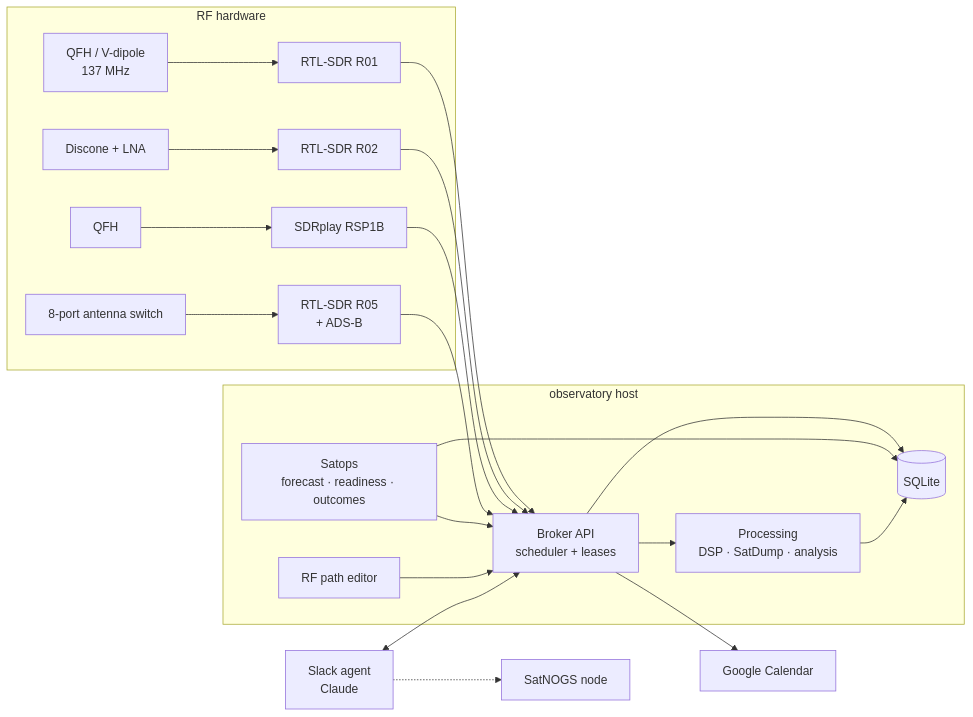
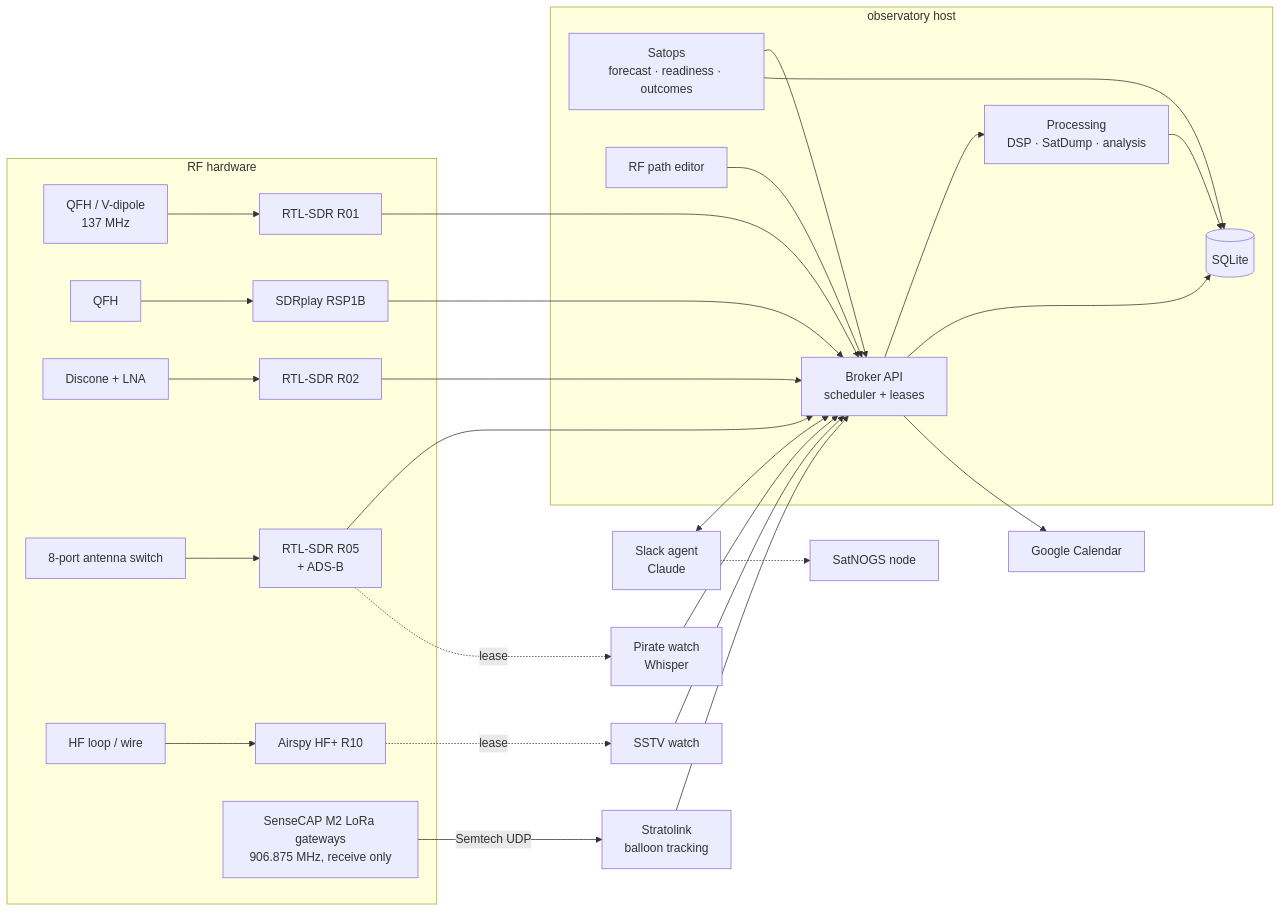
The diagram in README.md (TommytheMonkey/starlab_observatory), drawn with Mermaid before and after one commit. The commit also changed other lines of this file and 19 other files, not shown here.

````diff
--- a/README.md
+++ b/README.md
@@ -32,26 +36,33 @@
 ```mermaid
 flowchart LR
     subgraph RF["RF hardware"]
         A1[QFH / V-dipole<br/>137 MHz] --> R1[RTL-SDR R01]
         A1b[QFH] --> R4[SDRplay RSP1B]
         A2[Discone + LNA] --> R2[RTL-SDR R02]
         SW[8-port antenna switch] --> R5[RTL-SDR R05<br/>+ ADS-B]
+        HF[HF loop / wire] --> R10[Airspy HF+ R10]
+        GW[SenseCAP M2 LoRa gateways<br/>906.875 MHz, receive only]
     end
 
     subgraph OBS["observatory host"]
         B[Broker API<br/>scheduler + leases]
         S[Satops<br/>forecast · readiness · outcomes]
         P[Processing<br/>DSP · SatDump · analysis]
         DB[(SQLite)]
         UI[RF path editor]
     end
 
     R1 & R2 & R4 & R5 --> B
+    R10 -. lease .-> SW2[SSTV watch]
+    R5 -. lease .-> PW[Pirate watch<br/>Whisper]
+    SW2 & PW --> B
+    GW -- Semtech UDP --> SL[Stratolink<br/>balloon tracking]
+    SL --> B
     S --> B
     B --> P
     B & S & P --> DB
     UI --> B
     B --> CAL[Google Calendar]
     BOT[Slack agent<br/>Claude] <--> B
     BOT -.-> SAT[SatNOGS node]
 ```
````
